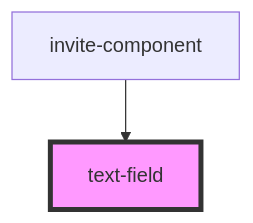
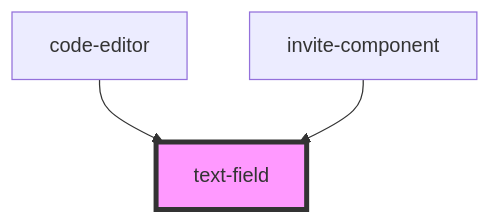
One commit to techvariable/NeptuneConnectComponents changed the diagram in src/components/common/text-field/readme.md. Above: the diagram before and after it, drawn with Mermaid. The commit also changed other lines of this file and 14 other files, not shown here.

````diff
--- a/src/components/common/text-field/readme.md
+++ b/src/components/common/text-field/readme.md
@@ -28,5 +29,6 @@
 ```mermaid
 graph TD;
+  code-editor --> text-field
   invite-component --> text-field
   style text-field fill:#f9f,stroke:#333,stroke-width:4px
 ```
````
